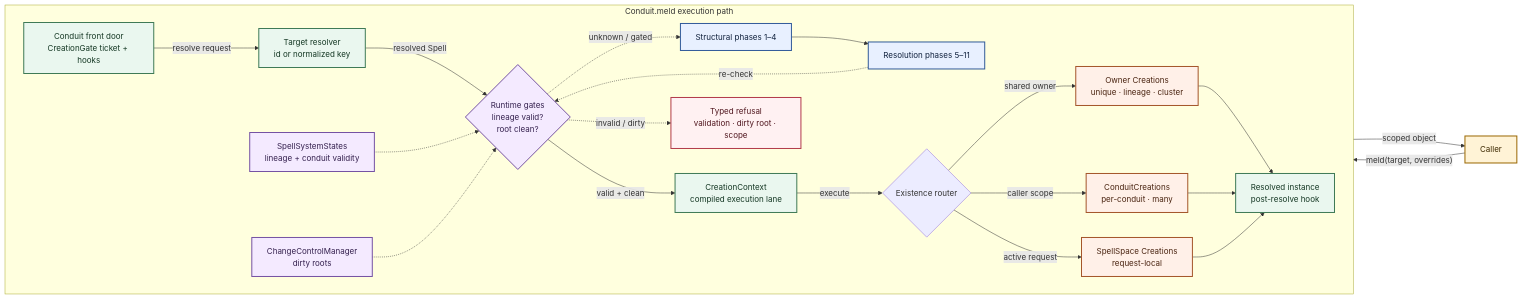
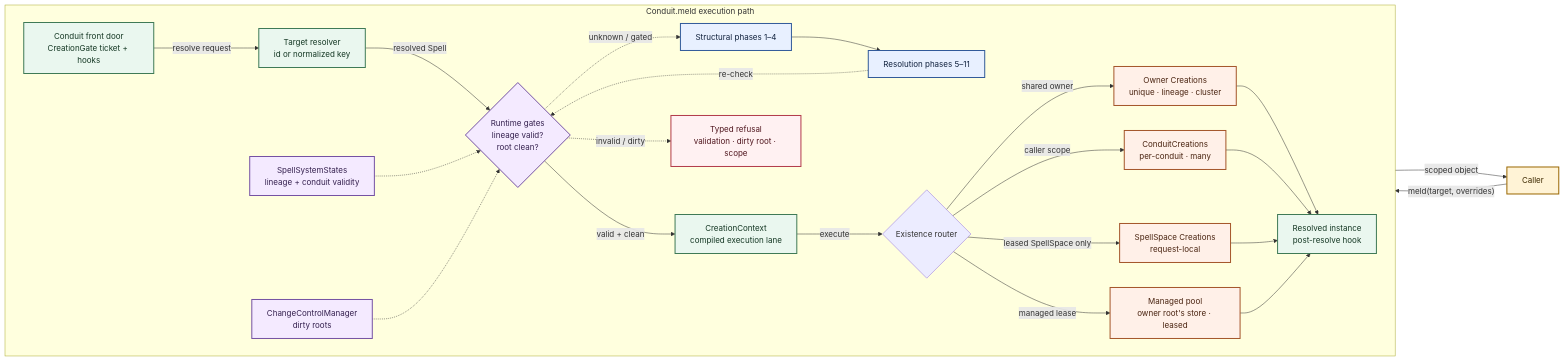
The diagram in src/melder/_build_assets/_system_documents/diagrams/mermaid/c2_meld_resolution.mmd (Synaptic724/melder), drawn with Mermaid before and after one commit. The commit also changed 109 other files, not shown here.

```diff
--- a/src/melder/_build_assets/_system_documents/diagrams/mermaid/c2_meld_resolution.mmd
+++ b/src/melder/_build_assets/_system_documents/diagrams/mermaid/c2_meld_resolution.mmd
@@ -1,58 +1,61 @@
 flowchart LR
     accTitle: Melder C2 meld resolution
-    accDescr: A caller enters through Conduit meld. The conduit admits the request through its CreationGate, Meld resolves a Spell, lineage and dirty-root gates may lazily rerun structural and resolution phases, CreationContext executes the compiled creation lane, and Existence selects owner, conduit, or SpellSpace lifetime storage before the instance returns.
+    accDescr: A caller enters through Conduit meld. The conduit admits the request through its CreationGate, Meld resolves a Spell, lineage and dirty-root gates may lazily rerun structural and resolution phases, CreationContext executes the compiled creation lane, and Existence selects owner, conduit, or SpellSpace lifetime storage, or leases a managed object from the pool in its owner root's store, before the instance returns.
 
     caller["Caller"]
 
     subgraph conduit_scope["Conduit.meld execution path"]
         direction LR
         conduit["Conduit front door<br/>CreationGate ticket + hooks"]
         resolver["Target resolver<br/>id or normalized key"]
         gates{"Runtime gates<br/>lineage valid?<br/>root clean?"}
         context["CreationContext<br/>compiled execution lane"]
         lifetime{"Existence router"}
 
         states["SpellSystemStates<br/>lineage + conduit validity"]
         change["ChangeControlManager<br/>dirty roots"]
         structural["Structural phases 1–4"]
         resolution["Resolution phases 5–11"]
 
         owner["Owner Creations<br/>unique · lineage · cluster"]
         local["ConduitCreations<br/>per-conduit · many"]
         request["SpellSpace Creations<br/>request-local"]
+        managed["Managed pool<br/>owner root's store · leased"]
         failure["Typed refusal<br/>validation · dirty root · scope"]
         result["Resolved instance<br/>post-resolve hook"]
 
         conduit -->|"resolve request"| resolver
         resolver -->|"resolved Spell"| gates
         states -.-> gates
         change -.-> gates
         gates -->|"valid + clean"| context
         gates -.->|"unknown / gated"| structural
         structural --> resolution
         resolution -.->|"re-check"| gates
         gates -.->|"invalid / dirty"| failure
         context -->|"execute"| lifetime
         lifetime -->|"shared owner"| owner
         lifetime -->|"caller scope"| local
-        lifetime -->|"active request"| request
+        lifetime -->|"leased SpellSpace only"| request
+        lifetime -->|"managed lease"| managed
         owner --> result
         local --> result
         request --> result
+        managed --> result
     end
 
     caller -->|"meld(target, overrides)"| conduit
     result -->|"scoped object"| caller
 
     classDef caller fill:#fff3d6,stroke:#9a6700,color:#3d2900,stroke-width:2px
     classDef execution fill:#eaf7ef,stroke:#3f7a56,color:#153824,stroke-width:2px
     classDef governance fill:#f4eaff,stroke:#7552a3,color:#35214f,stroke-width:2px
     classDef definition fill:#e8f0ff,stroke:#315a99,color:#10213d,stroke-width:2px
     classDef storage fill:#fff0e8,stroke:#a4552a,color:#4a2411,stroke-width:2px
     classDef failure fill:#fff1f2,stroke:#b23b4a,color:#511820,stroke-width:2px
     class caller caller
     class conduit,resolver,context,result execution
     class gates,states,change governance
     class structural,resolution definition
-    class owner,local,request storage
+    class owner,local,request,managed storage
     class failure failure
```
